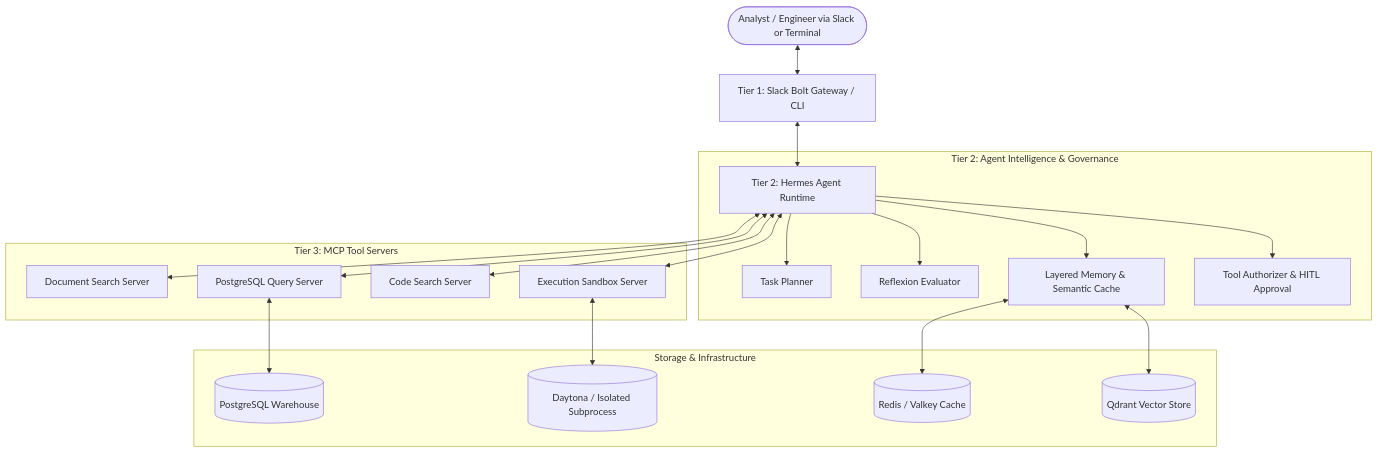
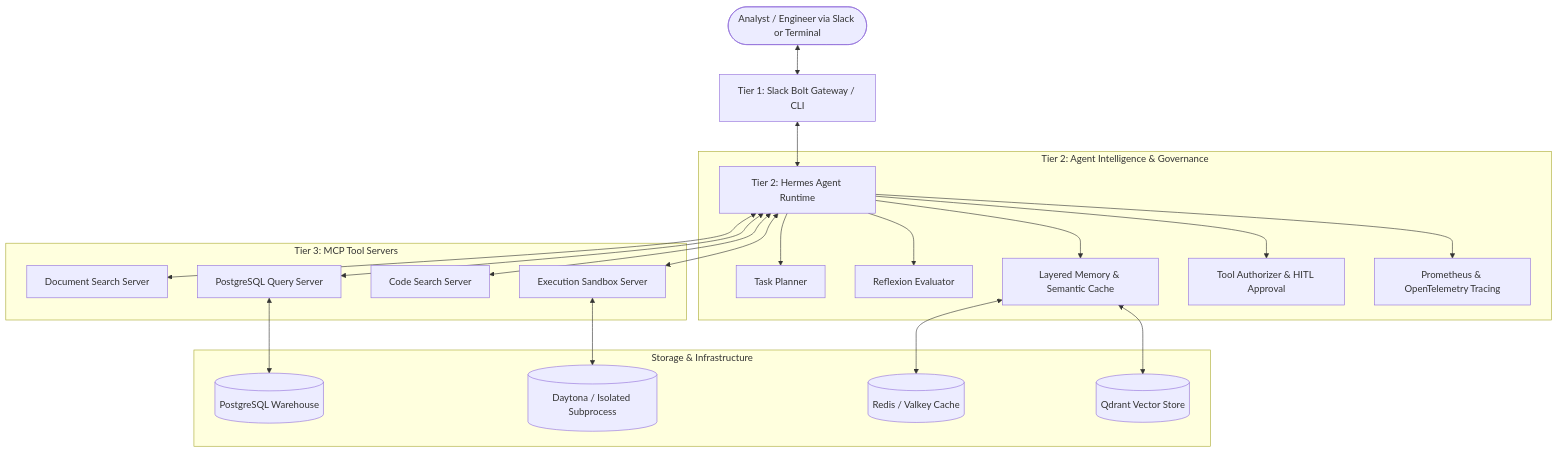
The diagram in README.md (msaif-dev/hermes-cortex), drawn with Mermaid before and after one commit. The commit also changed other lines of this file, not shown here.

Commit message:
docs: update README with 92 passing tests, coverage badges, benchmark metrics, and architecture

````diff
--- a/README.md
+++ b/README.md
@@ -31,26 +33,27 @@
 ```mermaid
 graph TD
     User([Analyst / Engineer via Slack or Terminal]) <--> Gateway[Tier 1: Slack Bolt Gateway / CLI]
     Gateway <--> Core[Tier 2: Hermes Agent Runtime]
 
     subgraph "Tier 2: Agent Intelligence & Governance"
         Core --> Planner[Task Planner]
         Core --> Reflexion[Reflexion Evaluator]
         Core --> Memory[Layered Memory & Semantic Cache]
         Core --> Auth[Tool Authorizer & HITL Approval]
+        Core --> Observability[Prometheus & OpenTelemetry Tracing]
     end
 
     subgraph "Tier 3: MCP Tool Servers"
         Core <--> MCP1[Document Search Server]
         Core <--> MCP2[PostgreSQL Query Server]
         Core <--> MCP3[Code Search Server]
         Core <--> MCP4[Execution Sandbox Server]
     end
 
     subgraph "Storage & Infrastructure"
         MCP2 <--> DB[(PostgreSQL Warehouse)]
         MCP4 <--> Sandbox[(Daytona / Isolated Subprocess)]
         Memory <--> Cache[(Redis / Valkey Cache)]
         Memory <--> Vector[(Qdrant Vector Store)]
     end
 ```
````
